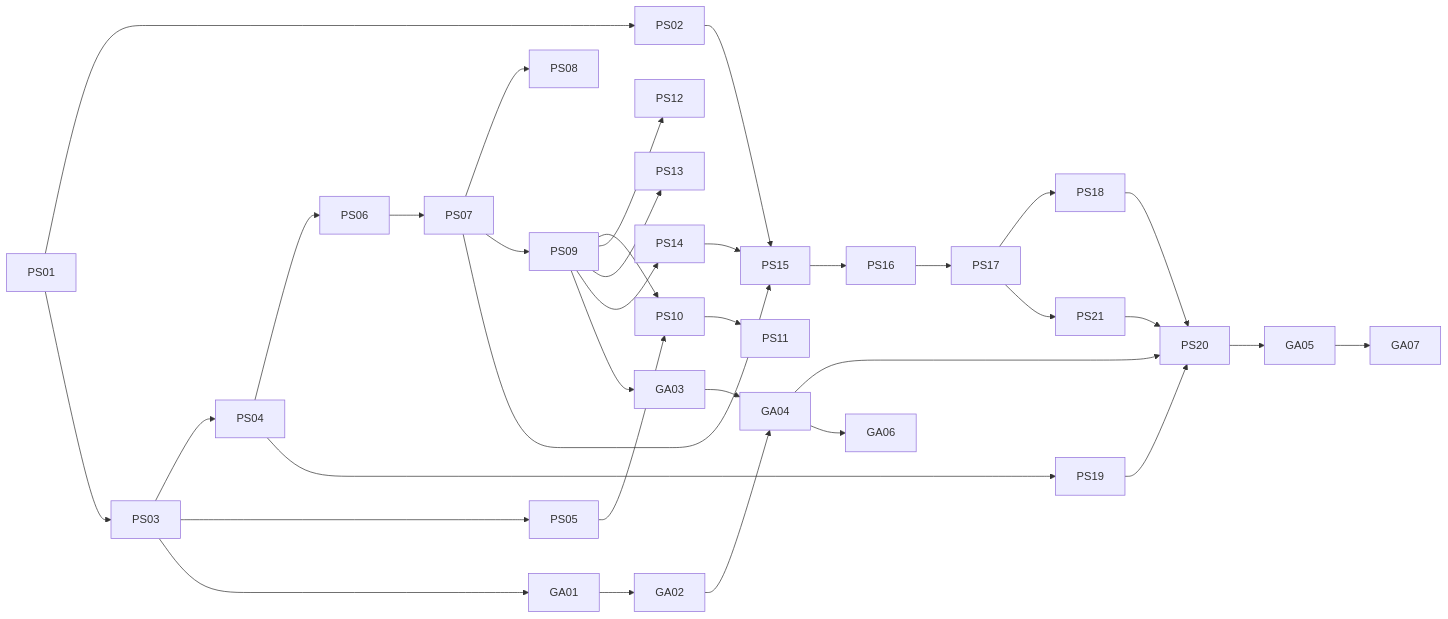
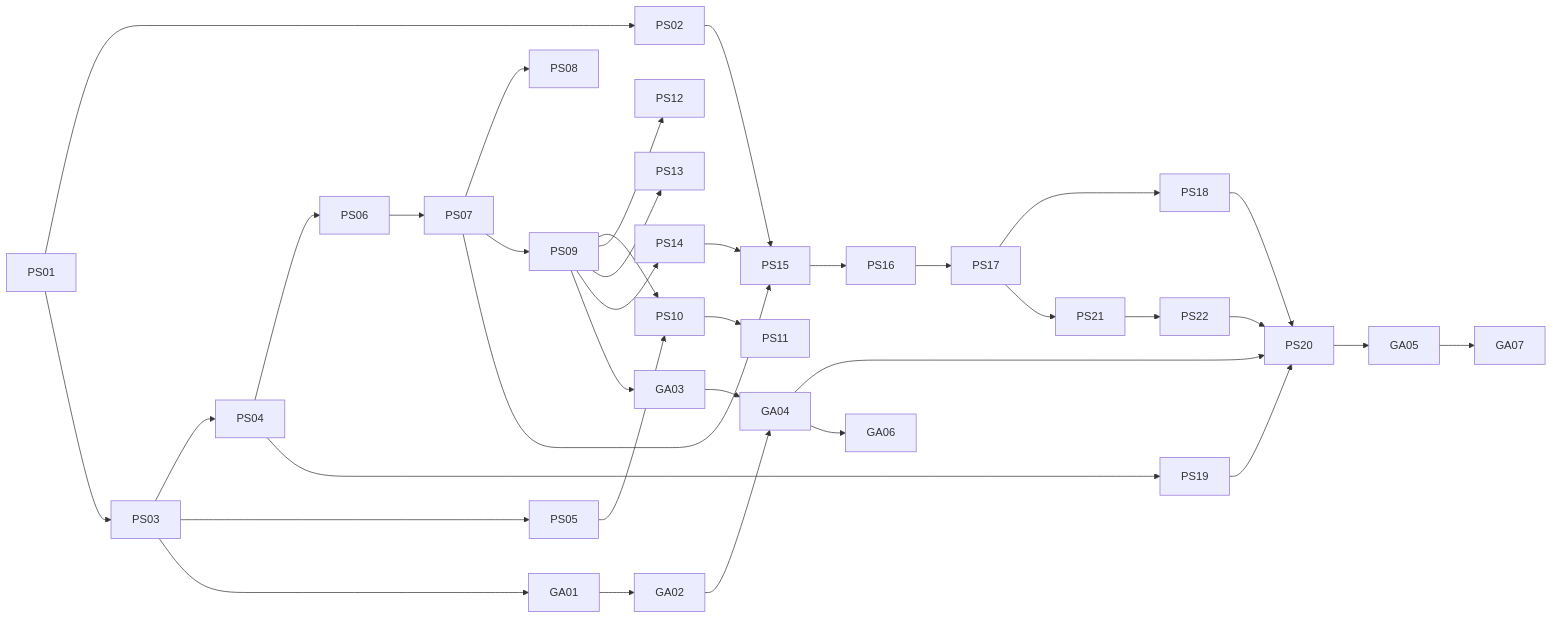
One commit to svennijhuis/agentPacks changed the first of 2 diagrams in docs/pbi/squad/README.md. Above: the diagram before and after it, drawn with Mermaid. The commit also changed other lines of this file and 11 other files, not shown here.

````diff
--- a/docs/pbi/squad/README.md
+++ b/docs/pbi/squad/README.md
@@ -117,21 +118,21 @@
 ```mermaid
 flowchart LR
   PS01 --> PS02 --> PS15
   PS01 --> PS03 --> PS04 --> PS06 --> PS07 --> PS08
   PS03 --> PS05 --> PS10
   PS07 --> PS09
   PS09 --> PS10 --> PS11
   PS09 --> PS12
   PS09 --> PS13
   PS09 --> PS14 --> PS15
   PS07 --> PS15 --> PS16 --> PS17 --> PS18
   PS04 --> PS19
   PS03 --> GA01 --> GA02 --> GA04
   PS09 --> GA03 --> GA04
   PS18 --> PS20
   PS19 --> PS20
-  PS17 --> PS21 --> PS20
+  PS17 --> PS21 --> PS22 --> PS20
   GA04 --> PS20
   GA04 --> GA06
   PS20 --> GA05 --> GA07
 ```
````
